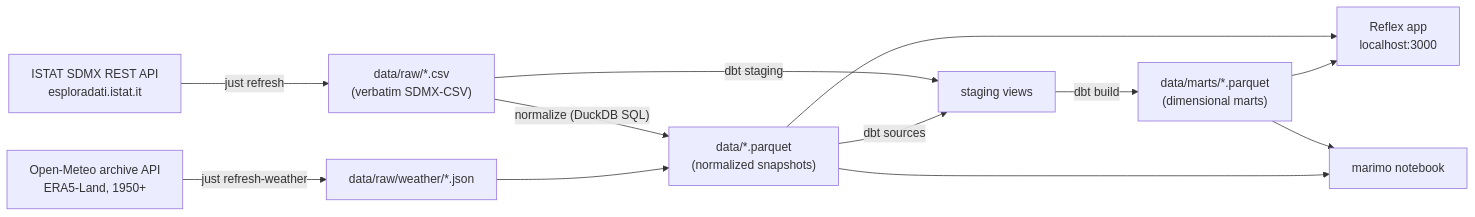
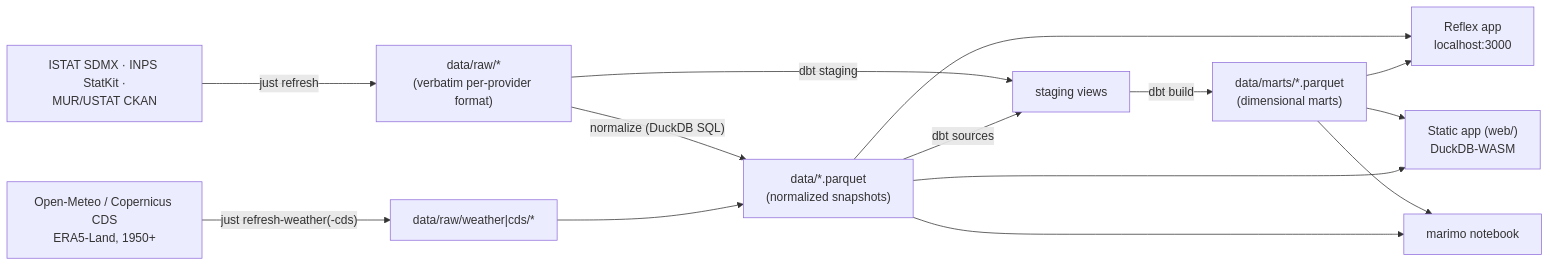
The diagram in docs/02-architecture.md (montanarograziano/italy-dashboard), drawn with Mermaid before and after one commit. The commit also changed other lines of this file and 26 other files, not shown here.

````diff
--- a/docs/02-architecture.md
+++ b/docs/02-architecture.md
@@ -5,14 +5,16 @@
 ```mermaid
 flowchart LR
-    A["ISTAT SDMX REST API<br/>esploradati.istat.it"] -->|"just refresh"| B["data/raw/*.csv<br/>(verbatim SDMX-CSV)"]
+    A["ISTAT SDMX · INPS StatKit ·<br/>MUR/USTAT CKAN"] -->|"just refresh"| B["data/raw/*<br/>(verbatim per-provider format)"]
     B -->|"normalize (DuckDB SQL)"| C["data/*.parquet<br/>(normalized snapshots)"]
     B -->|"dbt staging"| D["staging views"]
     C -->|"dbt sources"| D
     D -->|"dbt build"| E["data/marts/*.parquet<br/>(dimensional marts)"]
     C --> F["Reflex app<br/>localhost:3000"]
     E --> F
+    E --> H["Static app (web/)<br/>DuckDB-WASM"]
+    C --> H
     E --> G["marimo notebook"]
     C --> G
-    W["Open-Meteo archive API<br/>ERA5-Land, 1950+"] -->|"just refresh-weather"| X["data/raw/weather/*.json"]
+    W["Open-Meteo / Copernicus CDS<br/>ERA5-Land, 1950+"] -->|"just refresh-weather(-cds)"| X["data/raw/weather|cds/*"]
     X --> C
 ```
````
